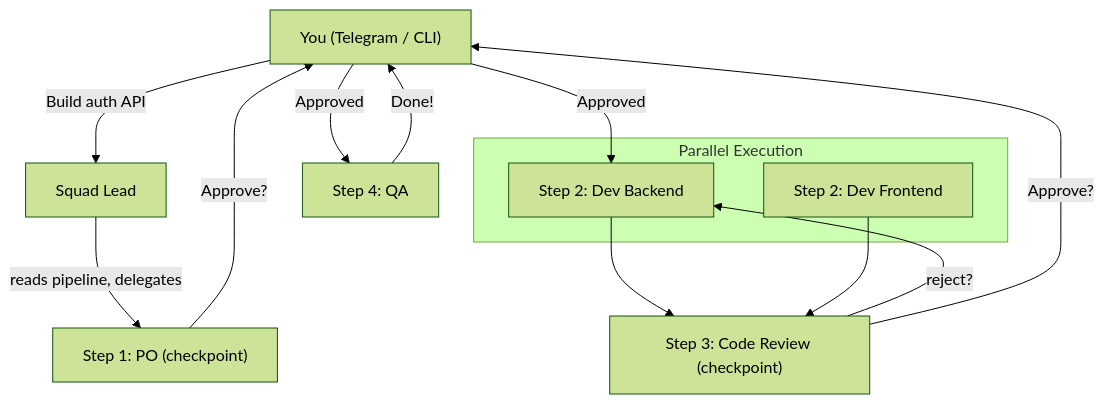
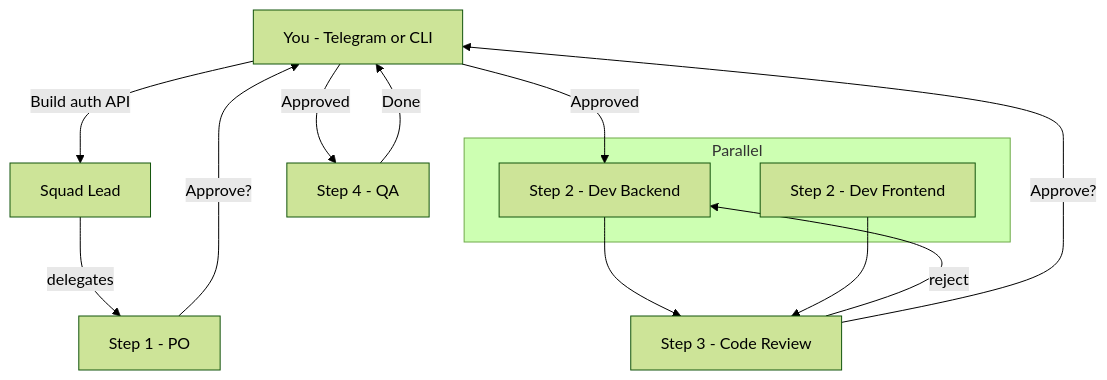
One commit to tarcisiojr/ai-squad changed the diagram in README.md. Above: the diagram before and after it, drawn with Mermaid (forest theme). The commit also changed 3 other files, not shown here.

````diff
--- a/README.md
+++ b/README.md
@@ -38,17 +38,17 @@
 ```mermaid
 flowchart TD
-    User["You (Telegram / CLI)"] -->|"Build auth API"| SL["Squad Lead"]
-    SL -->|reads pipeline, delegates| PO["Step 1: PO (checkpoint)"]
-    PO -->|"Approve?"| User
-    User -->|"Approved"| Dev
-    subgraph parallel ["Parallel Execution"]
-        Dev["Step 2: Dev Backend"]
-        DevFE["Step 2: Dev Frontend"]
+    User[You - Telegram or CLI] -->|Build auth API| SL[Squad Lead]
+    SL -->|delegates| PO[Step 1 - PO]
+    PO -->|Approve?| User
+    User -->|Approved| Dev
+    subgraph Parallel
+        Dev[Step 2 - Dev Backend]
+        DevFE[Step 2 - Dev Frontend]
     end
-    Dev --> Review["Step 3: Code Review (checkpoint)"]
+    Dev --> Review[Step 3 - Code Review]
     DevFE --> Review
-    Review -->|reject?| Dev
-    Review -->|"Approve?"| User
-    User -->|"Approved"| QA["Step 4: QA"]
-    QA -->|"Done!"| User
+    Review -->|reject| Dev
+    Review -->|Approve?| User
+    User -->|Approved| QA[Step 4 - QA]
+    QA -->|Done| User
 ```
````
